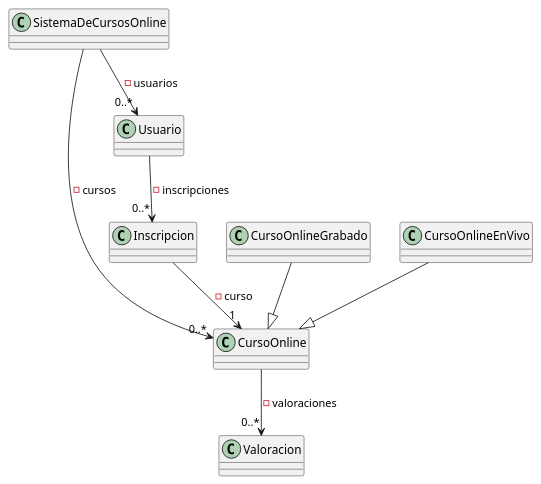
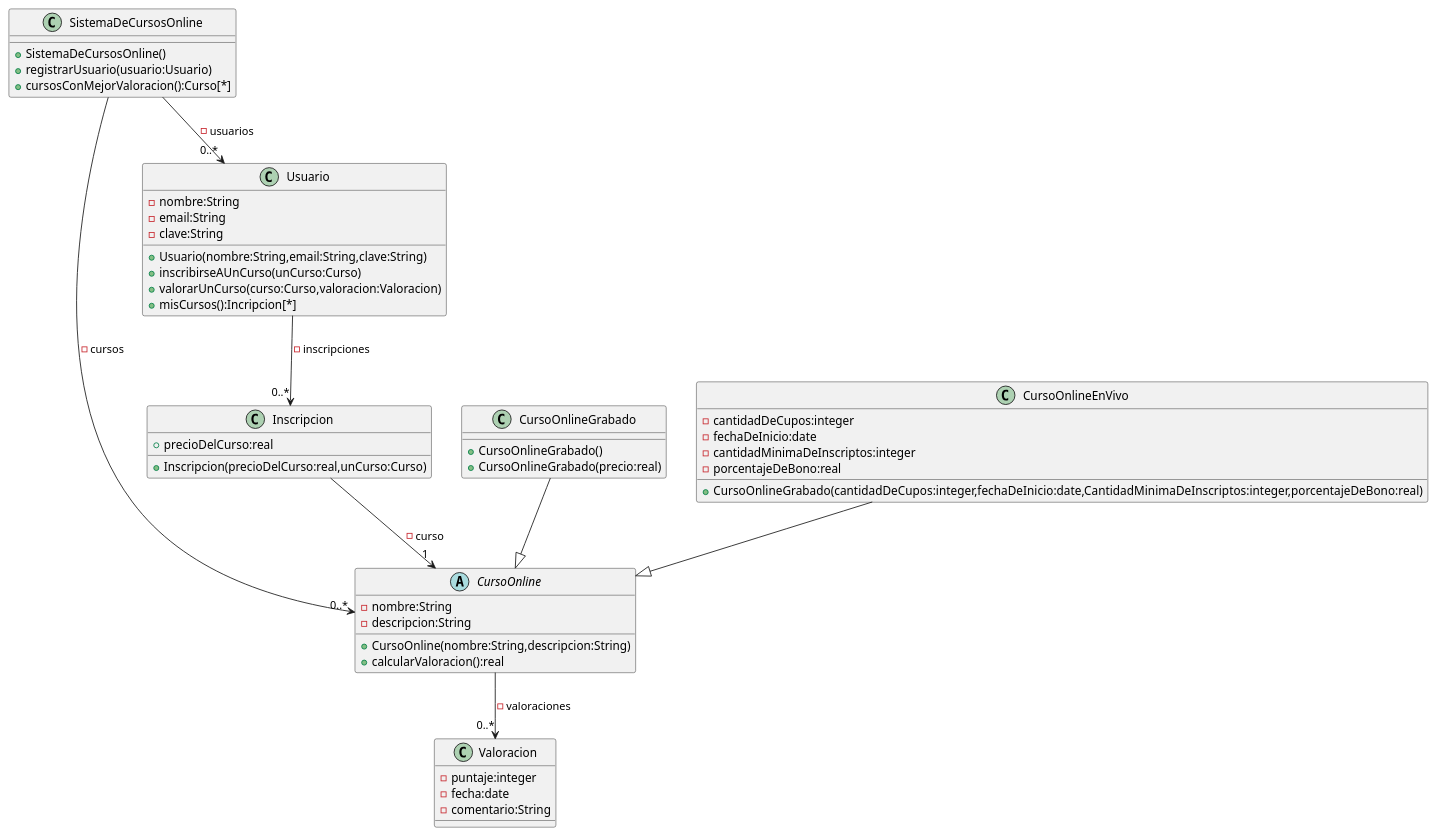
The diagram in UML/parcialSistemDeCursosOnline.puml (DerDAVO/OO1-), drawn with PlantUML before and after one commit. The commit also changed 13 other files, not shown here.

Commit message:
parcialSistemaDeCursosOnline.puml

```diff
--- a/UML/parcialSistemDeCursosOnline.puml
+++ b/UML/parcialSistemDeCursosOnline.puml
@@ -1,31 +1,50 @@
 @startuml SistemaDeCursosOnline
 class SistemaDeCursosOnline{
-
+    +SistemaDeCursosOnline()
+    +registrarUsuario(usuario:Usuario)
+    +cursosConMejorValoracion():Curso[*]
 }
 SistemaDeCursosOnline-->"0..*"CursoOnline:-cursos
 SistemaDeCursosOnline-->"0..*"Usuario:-usuarios
-class CursoOnline{
-
+abstract class CursoOnline{
+    -nombre:String
+    -descripcion:String
+    +CursoOnline(nombre:String,descripcion:String)
+    +calcularValoracion():real
 }
 CursoOnline --> "0..*"Valoracion:-valoraciones
 class CursoOnlineGrabado{
-
+    +CursoOnlineGrabado()
+    +CursoOnlineGrabado(precio:real)
 }
 CursoOnlineGrabado--|>CursoOnline
 class CursoOnlineEnVivo{
-
+    -cantidadDeCupos:integer
+    -fechaDeInicio:date
+    -cantidadMinimaDeInscriptos:integer
+    -porcentajeDeBono:real
+    +CursoOnlineGrabado(cantidadDeCupos:integer,fechaDeInicio:date,CantidadMinimaDeInscriptos:integer,porcentajeDeBono:real)
 }
 CursoOnlineEnVivo--|> CursoOnline
 
 class Valoracion{
-
+    -puntaje:integer
+    -fecha:date
+    -comentario:String
 }
 class Inscripcion{
-
+    +precioDelCurso:real
+    +Inscripcion(precioDelCurso:real,unCurso:Curso)
 }
 Inscripcion --> "1"CursoOnline:-curso
 class Usuario{
-
+    -nombre:String
+    -email:String
+    -clave:String
+    +Usuario(nombre:String,email:String,clave:String)
+    +inscribirseAUnCurso(unCurso:Curso)
+    +valorarUnCurso(curso:Curso,valoracion:Valoracion)
+    +misCursos():Incripcion[*]
 }
 Usuario --> "0..*"Inscripcion:-inscripciones
 @enduml
```
